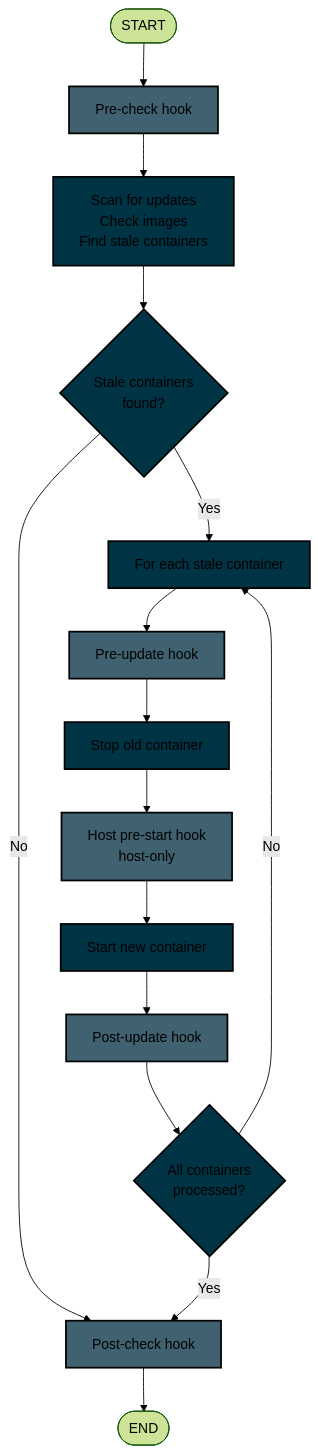
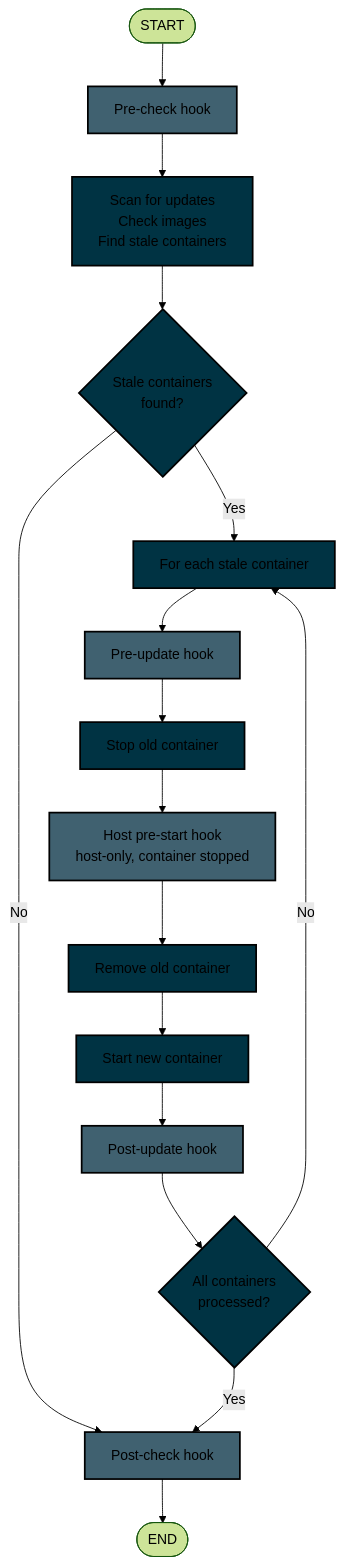
The diagram in docs/advanced-features/lifecycle-hooks/index.md (nicholas-fedor/watchtower), drawn with Mermaid (forest theme) before and after one commit. The commit also changed other lines of this file and 8 other files, not shown here.

First line of the commit message:
feat: run host-pre-start before removing

````diff
--- a/docs/advanced-features/lifecycle-hooks/index.md
+++ b/docs/advanced-features/lifecycle-hooks/index.md
@@ -568,31 +579,32 @@
 ```mermaid
 flowchart TD
     START([START])
     START --> PRECHECK
     PRECHECK[Pre-check hook]
     PRECHECK --> SCAN
     SCAN[Scan for updates<br/>Check images<br/>Find stale containers]
     SCAN --> DECISION{Stale containers<br/>found?}
     DECISION -->|No| POSTCHECK
     DECISION -->|Yes| LOOPSTART
     LOOPSTART[For each stale container]
     LOOPSTART --> PREUPDATE
     PREUPDATE[Pre-update hook]
     PREUPDATE --> STOP[Stop old container]
-    STOP --> PRESTART[Host pre-start hook<br/>host-only]
-    PRESTART --> STARTNEW[Start new container]
+    STOP --> PRESTART[Host pre-start hook<br/>host-only, container stopped]
+    PRESTART --> REMOVE[Remove old container]
+    REMOVE --> STARTNEW[Start new container]
     STARTNEW --> POSTUPDATE[Post-update hook]
     POSTUPDATE --> LOOPEND{All containers<br/>processed?}
     LOOPEND -->|No| LOOPSTART
     LOOPEND -->|Yes| POSTCHECK
     POSTCHECK[Post-check hook]
     POSTCHECK --> END([END])
 
     classDef hook fill:#406170,stroke:#000,stroke-width:2px;
     classDef action fill:#003343,stroke:#000,stroke-width:2px;
     classDef decision fill:#003343,stroke:#000,stroke-width:2px;
 
     class PRECHECK,PREUPDATE,PRESTART,POSTUPDATE,POSTCHECK hook
-    class SCAN,STOP,STARTNEW,LOOPSTART action
+    class SCAN,STOP,REMOVE,STARTNEW,LOOPSTART action
     class DECISION,LOOPEND decision
 ```
````
